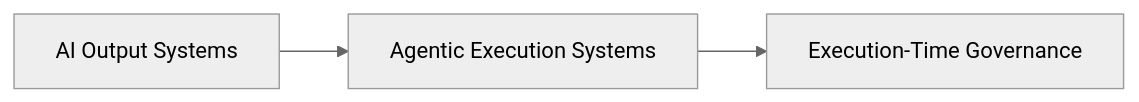
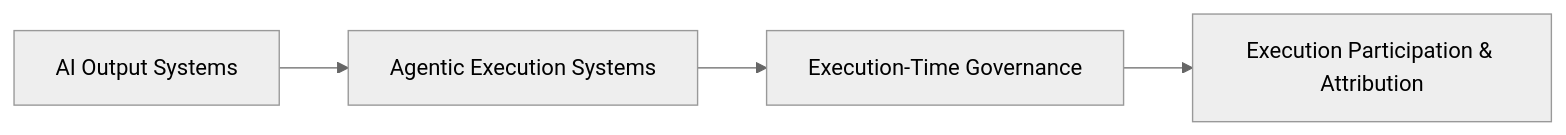
The second of 2 diagrams in textfind-rfcs/README.md (caralislabs/TextFind), drawn with Mermaid (neutral theme) before and after one commit. The commit also changed other lines of this file and 1 other file, not shown here.

Commit message:
Introduce TF-RFC-0007: Execution Economy for Governed AI Systems

````diff
--- a/textfind-rfcs/README.md
+++ b/textfind-rfcs/README.md
@@ -82,5 +109,6 @@
 ```mermaid
 flowchart LR
     A[AI Output Systems] --> B[Agentic Execution Systems]
     B --> C[Execution-Time Governance]
+    C --> D[Execution Participation & Attribution]
 ```
````
